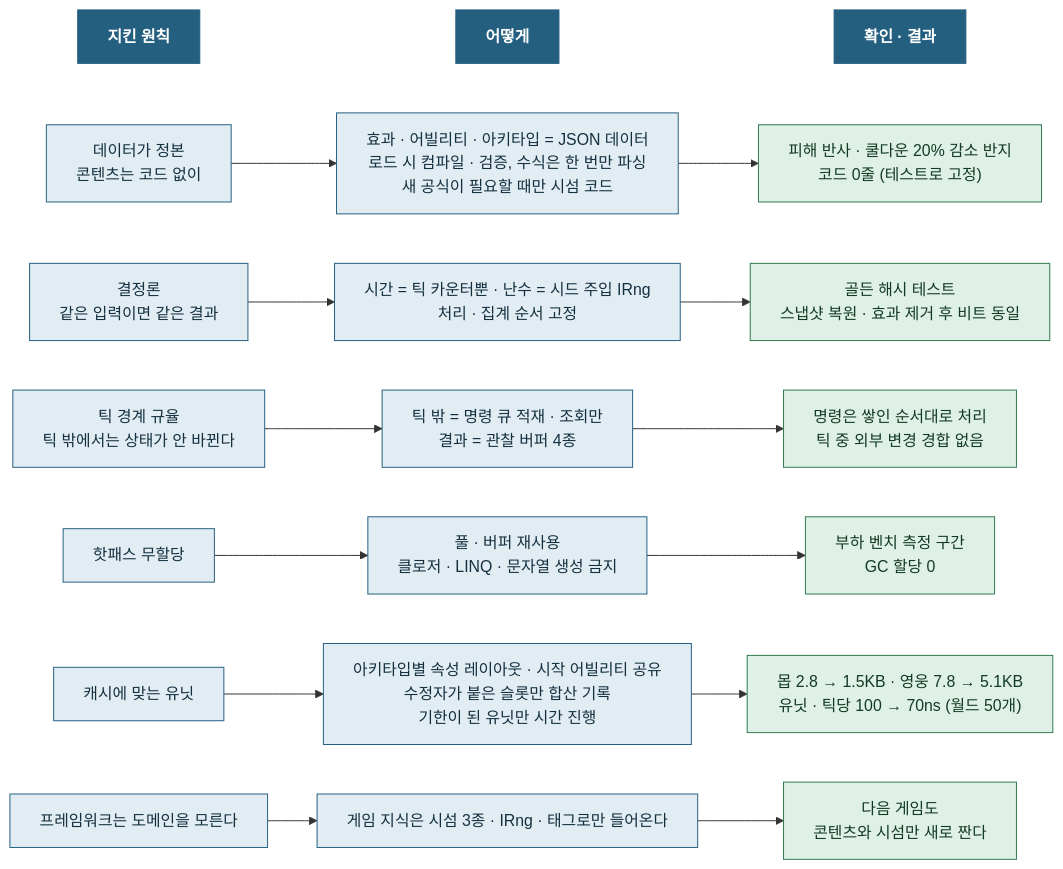
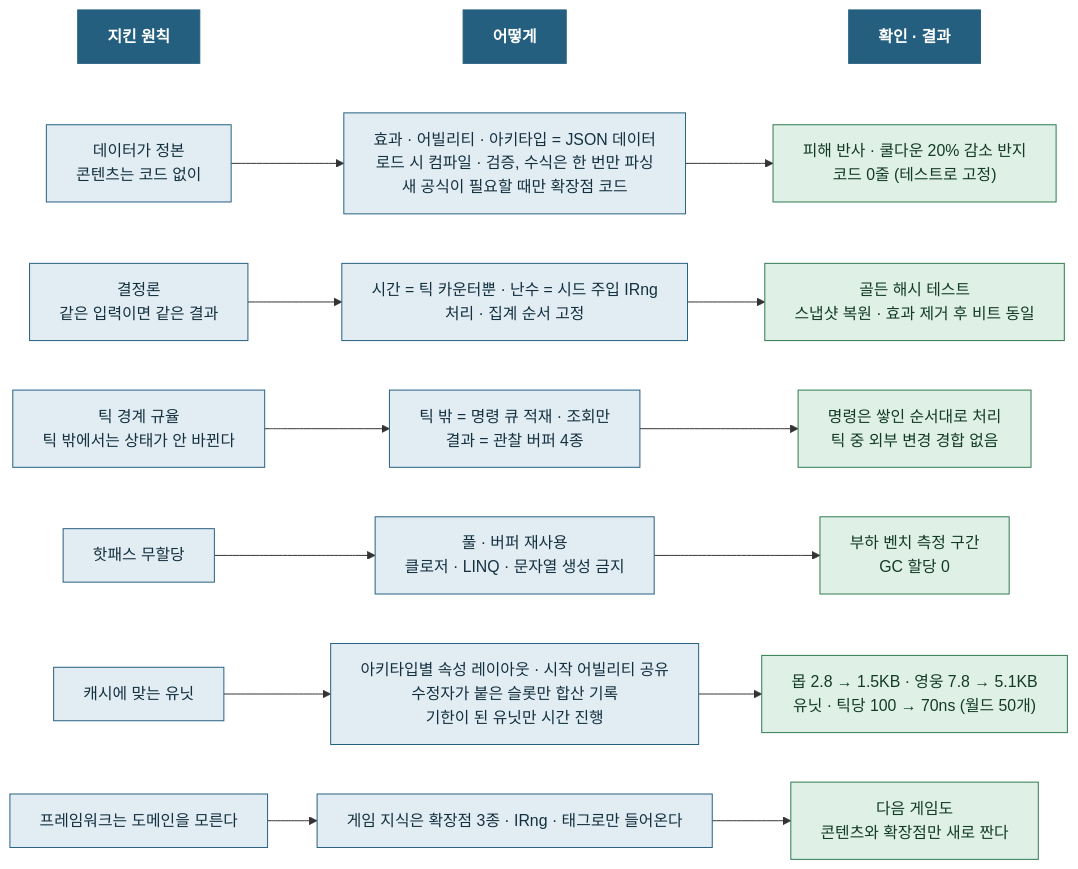
Before and after one commit to Bun3/bun3-kit: the fourth of 13 diagrams in docs/architecture/gameplay.md, drawn with Mermaid. The commit also changed other lines of this file and 1 other file, not shown here.

````diff
--- a/docs/architecture/gameplay.md
+++ b/docs/architecture/gameplay.md
@@ -71,14 +71,14 @@
 ```mermaid
 %%{init: {"flowchart": {"wrappingWidth": 640}}}%%
 flowchart LR
   H1["지킨 원칙"]:::head ~~~ H2["어떻게"]:::head ~~~ H3["확인 · 결과"]:::head
-  P1["데이터가 정본<br/>콘텐츠는 코드 없이"] --> M1["효과 · 어빌리티 · 아키타입 = JSON 데이터<br/>로드 시 컴파일 · 검증, 수식은 한 번만 파싱<br/>새 공식이 필요할 때만 시섬 코드"] --> R1["피해 반사 · 쿨다운 20% 감소 반지<br/>코드 0줄 (테스트로 고정)"]:::ok
+  P1["데이터가 정본<br/>콘텐츠는 코드 없이"] --> M1["효과 · 어빌리티 · 아키타입 = JSON 데이터<br/>로드 시 컴파일 · 검증, 수식은 한 번만 파싱<br/>새 공식이 필요할 때만 확장점 코드"] --> R1["피해 반사 · 쿨다운 20% 감소 반지<br/>코드 0줄 (테스트로 고정)"]:::ok
   P2["결정론<br/>같은 입력이면 같은 결과"] --> M2["시간 = 틱 카운터뿐 · 난수 = 시드 주입 IRng<br/>처리 · 집계 순서 고정"] --> R2["골든 해시 테스트<br/>스냅샷 복원 · 효과 제거 후 비트 동일"]:::ok
   P3["틱 경계 규율<br/>틱 밖에서는 상태가 안 바뀐다"] --> M3["틱 밖 = 명령 큐 적재 · 조회만<br/>결과 = 관찰 버퍼 4종"] --> R3["명령은 쌓인 순서대로 처리<br/>틱 중 외부 변경 경합 없음"]:::ok
   P4["핫패스 무할당"] --> M4["풀 · 버퍼 재사용<br/>클로저 · LINQ · 문자열 생성 금지"] --> R4["부하 벤치 측정 구간<br/>GC 할당 0"]:::ok
   P5["캐시에 맞는 유닛"] --> M5["아키타입별 속성 레이아웃 · 시작 어빌리티 공유<br/>수정자가 붙은 슬롯만 합산 기록<br/>기한이 된 유닛만 시간 진행"] --> R5["몹 2.8 → 1.5KB · 영웅 7.8 → 5.1KB<br/>유닛 · 틱당 100 → 70ns (월드 50개)"]:::ok
-  P6["프레임워크는 도메인을 모른다"] --> M6["게임 지식은 시섬 3종 · IRng · 태그로만 들어온다"] --> R6["다음 게임도<br/>콘텐츠와 시섬만 새로 짠다"]:::ok
+  P6["프레임워크는 도메인을 모른다"] --> M6["게임 지식은 확장점 3종 · IRng · 태그로만 들어온다"] --> R6["다음 게임도<br/>콘텐츠와 확장점만 새로 짠다"]:::ok
   classDef head fill:#255f80,stroke:#255f80,color:#ffffff,font-weight:bold
   classDef ok fill:#dff0e6,stroke:#2f7a4f,color:#123a24
   classDef default fill:#e2edf3,stroke:#255f80,color:#14303f
 ```
````
